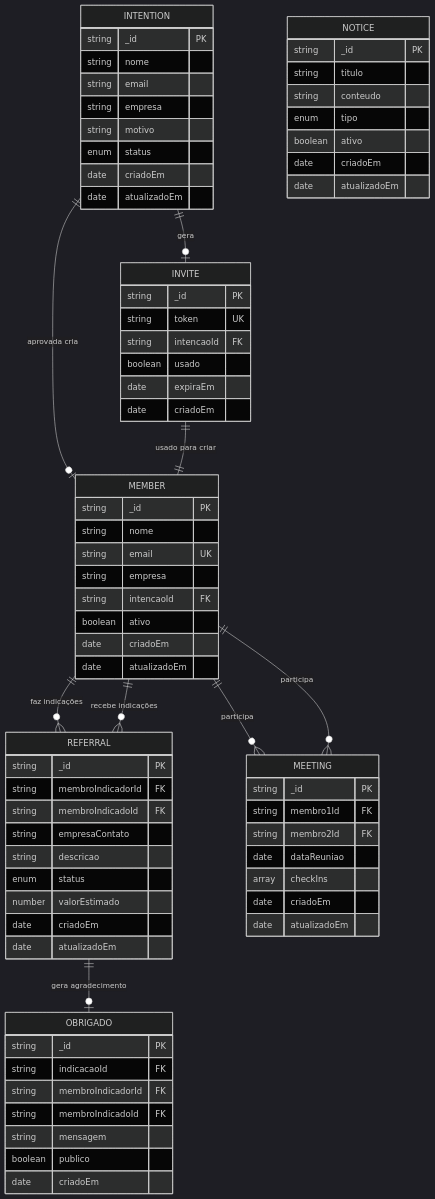
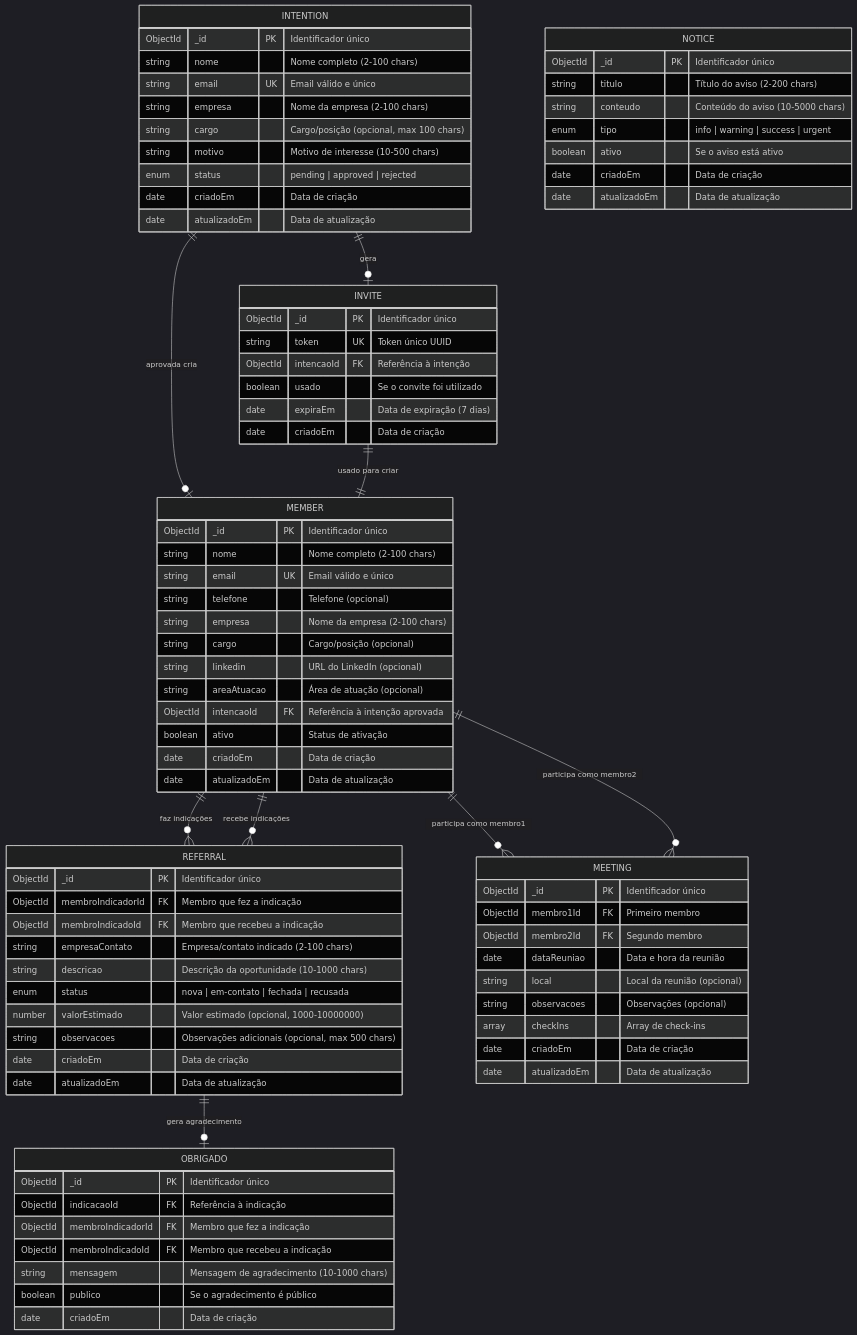
Diagram 11 of 13 in ARQUITETURA.md (PHDiniiz/prova-tecnica-nextjs), drawn with Mermaid (dark theme) before and after one commit. The commit also changed other lines of this file, not shown here.

````diff
--- a/ARQUITETURA.md
+++ b/ARQUITETURA.md
@@ -787,79 +1058,87 @@
     MEMBER ||--o{ REFERRAL : "faz indicações"
     MEMBER ||--o{ REFERRAL : "recebe indicações"
     REFERRAL ||--o| OBRIGADO : "gera agradecimento"
-    MEMBER ||--o{ MEETING : "participa"
-    MEMBER ||--o{ MEETING : "participa"
+    MEMBER ||--o{ MEETING : "participa como membro1"
+    MEMBER ||--o{ MEETING : "participa como membro2"
     
     INTENTION {
-        string _id PK
-        string nome
-        string email
-        string empresa
-        string motivo
-        enum status
-        date criadoEm
-        date atualizadoEm
+        ObjectId _id PK "Identificador único"
+        string nome "Nome completo (2-100 chars)"
+        string email UK "Email válido e único"
+        string empresa "Nome da empresa (2-100 chars)"
+        string cargo "Cargo/posição (opcional, max 100 chars)"
+        string motivo "Motivo de interesse (10-500 chars)"
+        enum status "pending | approved | rejected"
+        date criadoEm "Data de criação"
+        date atualizadoEm "Data de atualização"
     }
     
     INVITE {
-        string _id PK
-        string token UK
-        string intencaoId FK
-        boolean usado
-        date expiraEm
-        date criadoEm
+        ObjectId _id PK "Identificador único"
+        string token UK "Token único UUID"
+        ObjectId intencaoId FK "Referência à intenção"
+        boolean usado "Se o convite foi utilizado"
+        date expiraEm "Data de expiração (7 dias)"
+        date criadoEm "Data de criação"
     }
     
     MEMBER {
-        string _id PK
-        string nome
-        string email UK
-        string empresa
-        string intencaoId FK
-        boolean ativo
-        date criadoEm
-        date atualizadoEm
+        ObjectId _id PK "Identificador único"
+        string nome "Nome completo (2-100 chars)"
+        string email UK "Email válido e único"
+        string telefone "Telefone (opcional)"
+        string empresa "Nome da empresa (2-100 chars)"
+        string cargo "Cargo/posição (opcional)"
+        string linkedin "URL do LinkedIn (opcional)"
+        string areaAtuacao "Área de atuação (opcional)"
+        ObjectId intencaoId FK "Referência à intenção aprovada"
+        boolean ativo "Status de ativação"
+        date criadoEm "Data de criação"
+        date atualizadoEm "Data de atualização"
     }
     
     REFERRAL {
-        string _id PK
-        string membroIndicadorId FK
-        string membroIndicadoId FK
-        string empresaContato
-        string descricao
-        enum status
-        number valorEstimado
-        date criadoEm
-        date atualizadoEm
+        ObjectId _id PK "Identificador único"
+        ObjectId membroIndicadorId FK "Membro que fez a indicação"
+        ObjectId membroIndicadoId FK "Membro que recebeu a indicação"
+        string empresaContato "Empresa/contato indicado (2-100 chars)"
+        string descricao "Descrição da oportunidade (10-1000 chars)"
+        enum status "nova | em-contato | fechada | recusada"
+        number valorEstimado "Valor estimado (opcional, 1000-10000000)"
+        string observacoes "Observações adicionais (opcional, max 500 chars)"
+        date criadoEm "Data de criação"
+        date atualizadoEm "Data de atualização"
     }
     
     MEETING {
-        string _id PK
-        string membro1Id FK
-        string membro2Id FK
-        date dataReuniao
-        array checkIns
-        date criadoEm
-        date atualizadoEm
+        ObjectId _id PK "Identificador único"
+        ObjectId membro1Id FK "Primeiro membro"
+        ObjectId membro2Id FK "Segundo membro"
+        date dataReuniao "Data e hora da reunião"
+        string local "Local da reunião (opcional)"
+        string observacoes "Observações (opcional)"
+        array checkIns "Array de check-ins"
+        date criadoEm "Data de criação"
+        date atualizadoEm "Data de atualização"
     }
     
     NOTICE {
-        string _id PK
-        string titulo
-        string conteudo
-        enum tipo
-        boolean ativo
-        date criadoEm
-        date atualizadoEm
+        ObjectId _id PK "Identificador único"
+        string titulo "Título do aviso (2-200 chars)"
+        string conteudo "Conteúdo do aviso (10-5000 chars)"
+        enum tipo "info | warning | success | urgent"
+        boolean ativo "Se o aviso está ativo"
+        date criadoEm "Data de criação"
+        date atualizadoEm "Data de atualização"
     }
     
     OBRIGADO {
-        string _id PK
-        string indicacaoId FK
-        string membroIndicadorId FK
-        string membroIndicadoId FK
-        string mensagem
-        boolean publico
-        date criadoEm
+        ObjectId _id PK "Identificador único"
+        ObjectId indicacaoId FK "Referência à indicação"
+        ObjectId membroIndicadorId FK "Membro que fez a indicação"
+        ObjectId membroIndicadoId FK "Membro que recebeu a indicação"
+        string mensagem "Mensagem de agradecimento (10-1000 chars)"
+        boolean publico "Se o agradecimento é público"
+        date criadoEm "Data de criação"
     }
 ```
````
